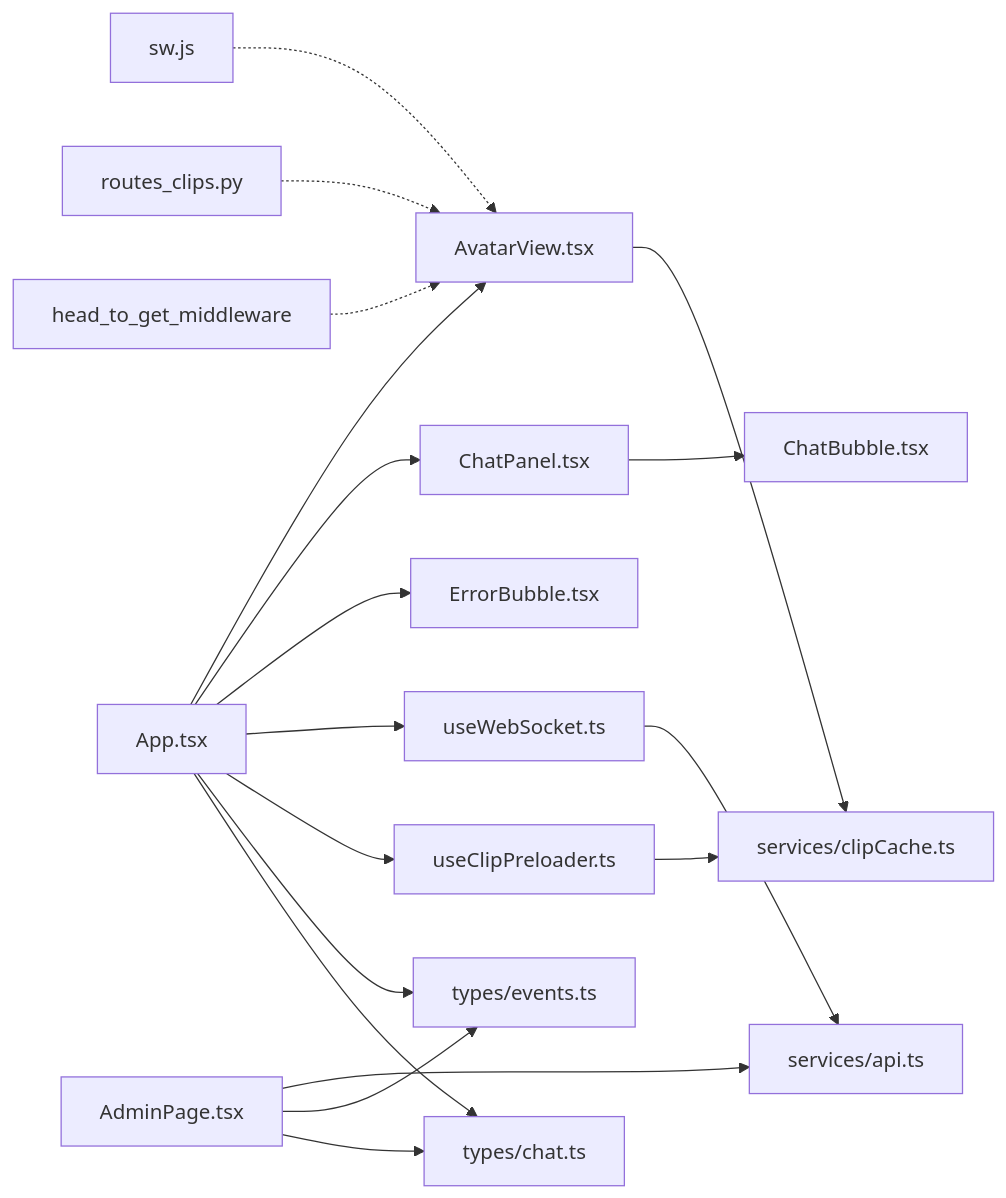
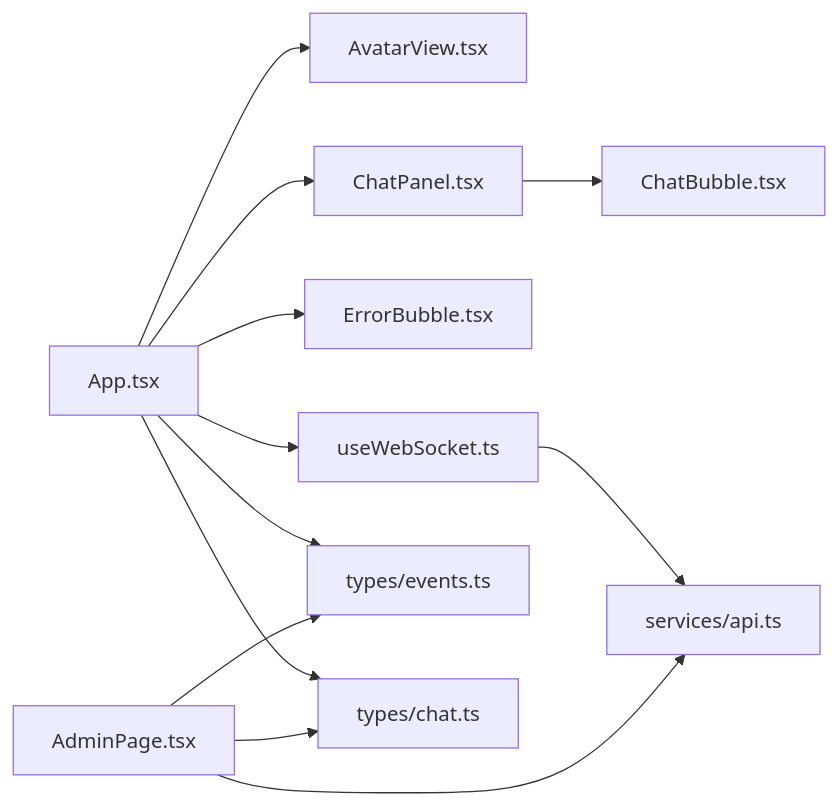
Before and after one commit to leo21cn/real-time-talk: the seventh of 7 diagrams in .qoder/repowiki/zh/content/前端应用/前端应用.md, drawn with Mermaid. The commit also changed other lines of this file and 21 other files, not shown here.

````diff
--- a/.qoder/repowiki/zh/content/前端应用/前端应用.md
+++ b/.qoder/repowiki/zh/content/前端应用/前端应用.md
@@ -492,20 +335,14 @@
 ```mermaid
 graph LR
 App["App.tsx"] --> AV["AvatarView.tsx"]
 App --> CP["ChatPanel.tsx"]
 CP --> CB["ChatBubble.tsx"]
 App --> EB["ErrorBubble.tsx"]
 App --> WS["useWebSocket.ts"]
-App --> CLP["useClipPreloader.ts"]
 WS --> API["services/api.ts"]
-CLP --> CC["services/clipCache.ts"]
-AV --> CC
 App --> TEvents["types/events.ts"]
 App --> TChat["types/chat.ts"]
 Admin["AdminPage.tsx"] --> API
 Admin --> TEvents
 Admin --> TChat
-SW["sw.js"] -.-> AV
-MP4["routes_clips.py"] -.-> AV
-HW["head_to_get_middleware"] -.-> AV
 ```
````
